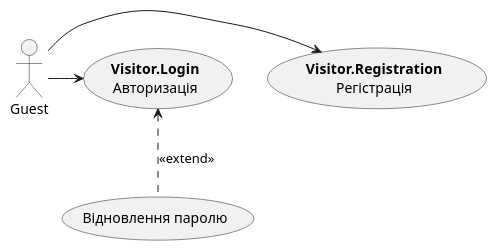
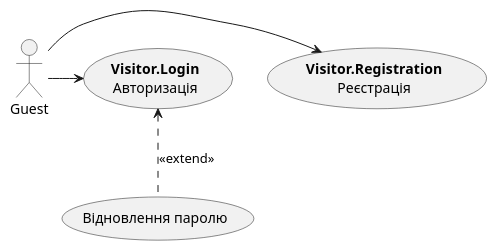
One commit to nonGratis/retarder-io-23-3 changed the second of 14 diagrams in docs/use cases/README.md. Above: the diagram before and after it, drawn with PlantUML. The commit also changed other lines of this file, not shown here.

````diff
--- a/docs/use cases/README.md
+++ b/docs/use cases/README.md
@@ -41,13 +41,13 @@
 ```plantuml
 @startuml
 actor Guest
-usecase "<b>Visitor.Registration\nРегістрація" as Registration
+usecase "<b>Visitor.Registration\nРеєстрація" as Registration
 usecase "<b>Visitor.Login\nАвторизація" as Login
 usecase "Відновлення паролю" as PasswordRecovery
 
 Guest -> Registration
 Guest -> Login
 Login <-[dashed]- PasswordRecovery : <<extend>>
 
 @enduml
 ```
````
